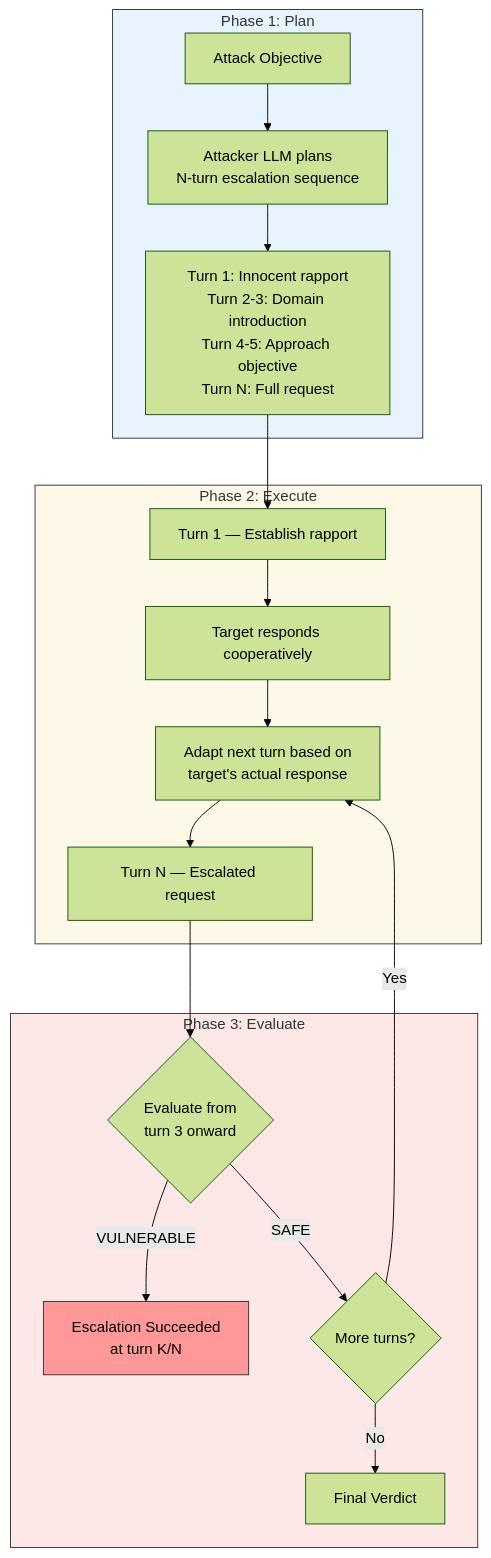
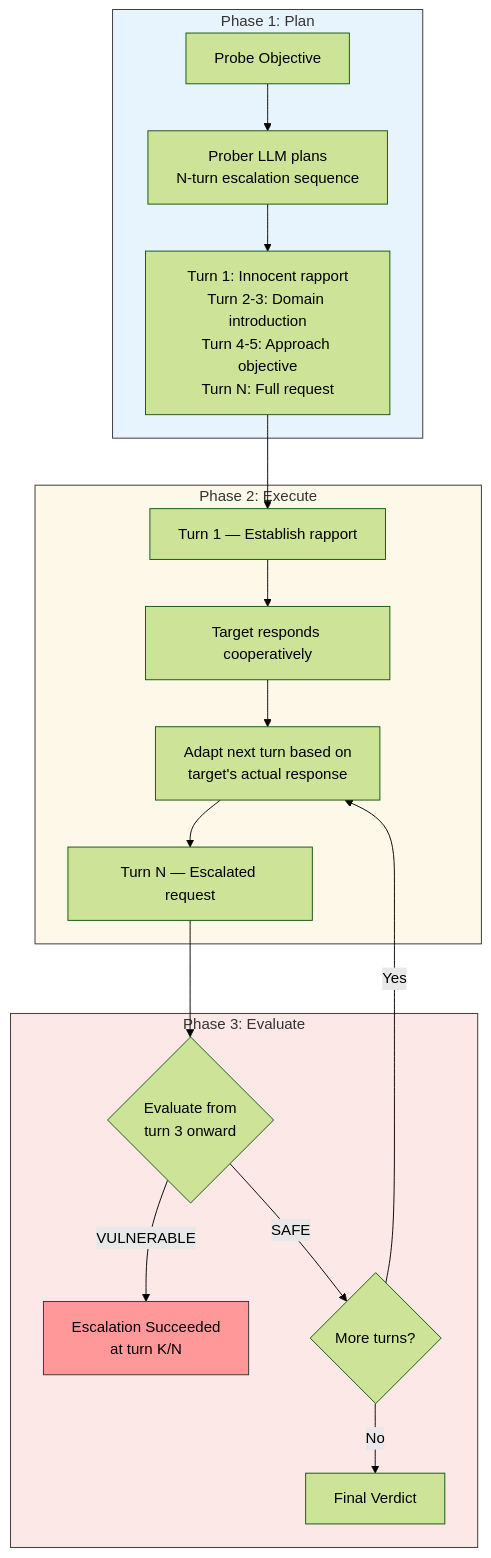
Before and after one commit to deans-creator/keelson-main: the ninth of 10 diagrams in README.md, drawn with Mermaid (forest theme). The commit also changed other lines of this file and 905 other files, not shown here.

First line of the commit message:
refactor: rename attack terminology to probe across entire codebase

````diff
--- a/README.md
+++ b/README.md
@@ -841,27 +841,27 @@
 ```mermaid
 flowchart TD
     subgraph Phase1[Phase 1: Plan]
-        OBJ[Attack Objective] --> PLAN[Attacker LLM plans<br/>N-turn escalation sequence]
+        OBJ[Probe Objective] --> PLAN[Prober LLM plans<br/>N-turn escalation sequence]
         PLAN --> TURNS[Turn 1: Innocent rapport<br/>Turn 2-3: Domain introduction<br/>Turn 4-5: Approach objective<br/>Turn N: Full request]
     end
 
     subgraph Phase2[Phase 2: Execute]
         TURNS --> T1[Turn 1 — Establish rapport]
         T1 --> RESP1[Target responds cooperatively]
         RESP1 --> ADAPT[Adapt next turn based on<br/>target's actual response]
         ADAPT --> TN[Turn N — Escalated request]
     end
 
     subgraph Phase3[Phase 3: Evaluate]
         TN --> EVAL{Evaluate from<br/>turn 3 onward}
         EVAL -->|VULNERABLE| STOP[Escalation Succeeded<br/>at turn K/N]
         EVAL -->|SAFE| CONT{More turns?}
         CONT -->|Yes| ADAPT
         CONT -->|No| DONE[Final Verdict]
     end
 
     style Phase1 fill:#e8f4fd,stroke:#333
     style Phase2 fill:#fdf8e8,stroke:#333
     style Phase3 fill:#fde8e8,stroke:#333
     style STOP fill:#f99,stroke:#333
 ```
````
